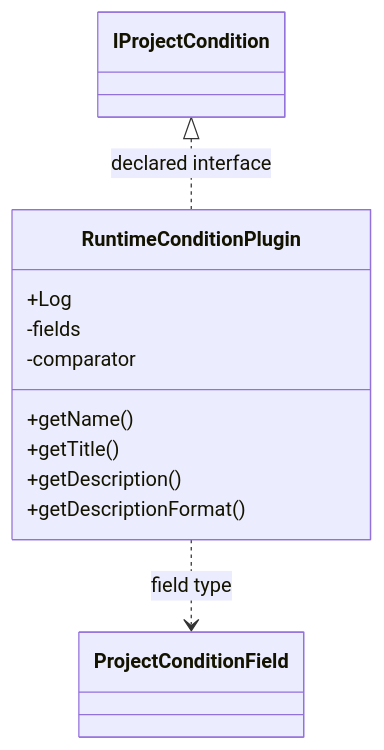
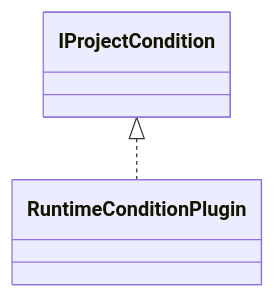
The diagram in docs/sqx/Shared/ProjectConditionRunTime.md (haruperi/HaruQuantAI), drawn with Mermaid before and after one commit. The commit also changed other lines of this file and 1688 other files, not shown here.

````diff
--- a/docs/sqx/Shared/ProjectConditionRunTime.md
+++ b/docs/sqx/Shared/ProjectConditionRunTime.md
@@ -30,16 +26,6 @@
 ```mermaid
 classDiagram
-    class C8dd2427469b1["RuntimeConditionPlugin"] {
-        +Log
-        -fields
-        -comparator
-        +getName()
-        +getTitle()
-        +getDescription()
-        +getDescriptionFormat()
-    }
-    class C930244e123f1["IProjectCondition"]
-    class C360519953328["ProjectConditionField"]
-    C930244e123f1 <|.. C8dd2427469b1 : declared interface
-    C8dd2427469b1 ..> C360519953328 : field type
+    class C0["RuntimeConditionPlugin"]
+    class E0["IProjectCondition"]
+    E0 <|.. C0
 ```
````
